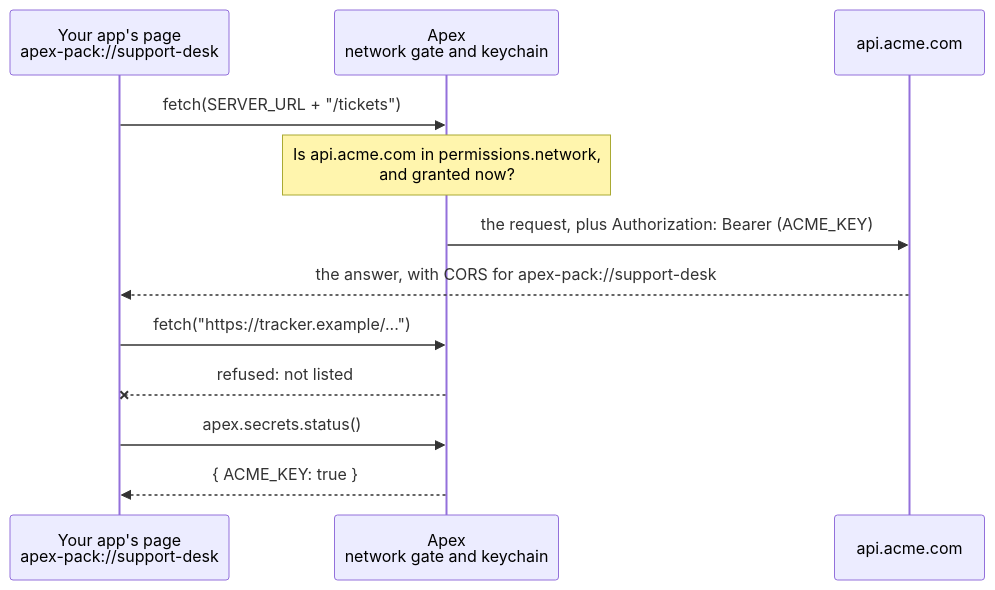
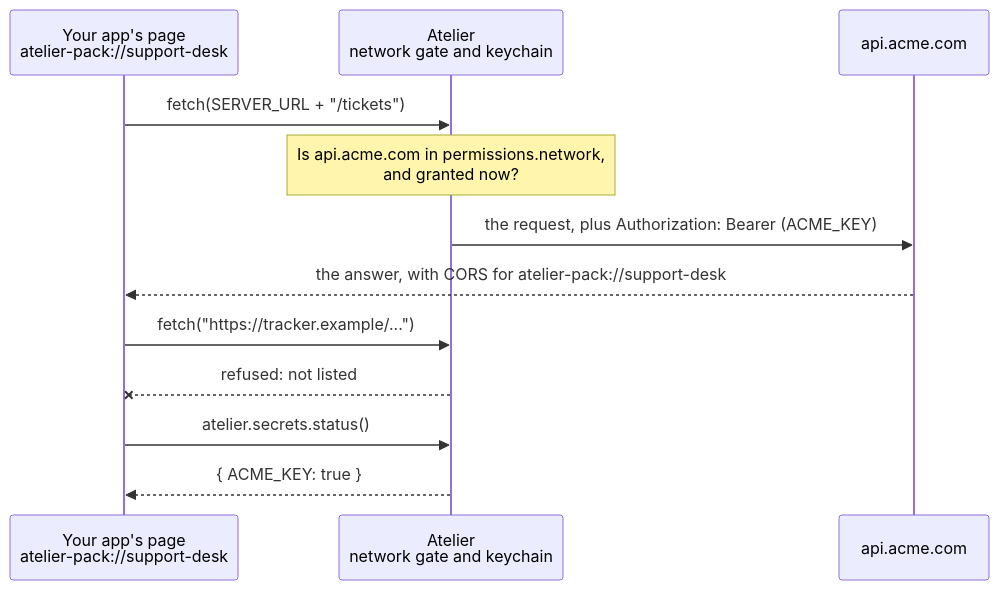
The second of 3 diagrams in docs/how-it-works.md (3SENN/apex-apps), drawn with Mermaid before and after one commit. The commit also changed other lines of this file and 58 other files, not shown here.

First line of the commit message:
Apex is now Atelier (#3)

````diff
--- a/docs/how-it-works.md
+++ b/docs/how-it-works.md
@@ -107,14 +107,14 @@
 ```mermaid
 sequenceDiagram
-  participant Page as Your app's page<br/>apex-pack://support-desk
-  participant Apex as Apex<br/>network gate and keychain
+  participant Page as Your app's page<br/>atelier-pack://support-desk
+  participant Atelier as Atelier<br/>network gate and keychain
   participant Server as api.acme.com
-  Page->>Apex: fetch(SERVER_URL + "/tickets")
-  Note over Apex: Is api.acme.com in permissions.network,<br/>and granted now?
-  Apex->>Server: the request, plus Authorization: Bearer (ACME_KEY)
-  Server-->>Page: the answer, with CORS for apex-pack://support-desk
-  Page->>Apex: fetch("https://tracker.example/...")
-  Apex--xPage: refused: not listed
-  Page->>Apex: apex.secrets.status()
-  Apex-->>Page: { ACME_KEY: true }
+  Page->>Atelier: fetch(SERVER_URL + "/tickets")
+  Note over Atelier: Is api.acme.com in permissions.network,<br/>and granted now?
+  Atelier->>Server: the request, plus Authorization: Bearer (ACME_KEY)
+  Server-->>Page: the answer, with CORS for atelier-pack://support-desk
+  Page->>Atelier: fetch("https://tracker.example/...")
+  Atelier--xPage: refused: not listed
+  Page->>Atelier: atelier.secrets.status()
+  Atelier-->>Page: { ACME_KEY: true }
 ```
````
